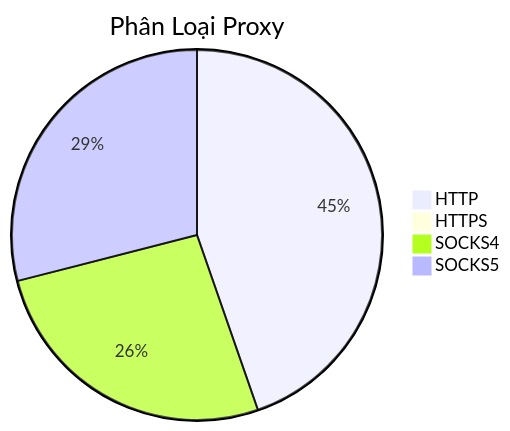
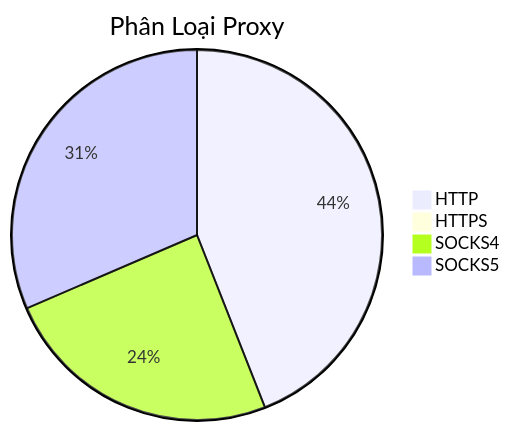
One commit to Ciara-12/PROXY-free changed the diagram in README.md. Above: the diagram before and after it, drawn with Mermaid. The commit also changed other lines of this file and 4 other files, not shown here.

````diff
--- a/README.md
+++ b/README.md
@@ -26,7 +26,7 @@
 ```mermaid
 pie title Phân Loại Proxy
-    "HTTP" : 507
-    "HTTPS" : 2
-    "SOCKS4" : 299
-    "SOCKS5" : 329
+    "HTTP" : 512
+    "HTTPS" : 1
+    "SOCKS4" : 285
+    "SOCKS5" : 366
 ```
````
